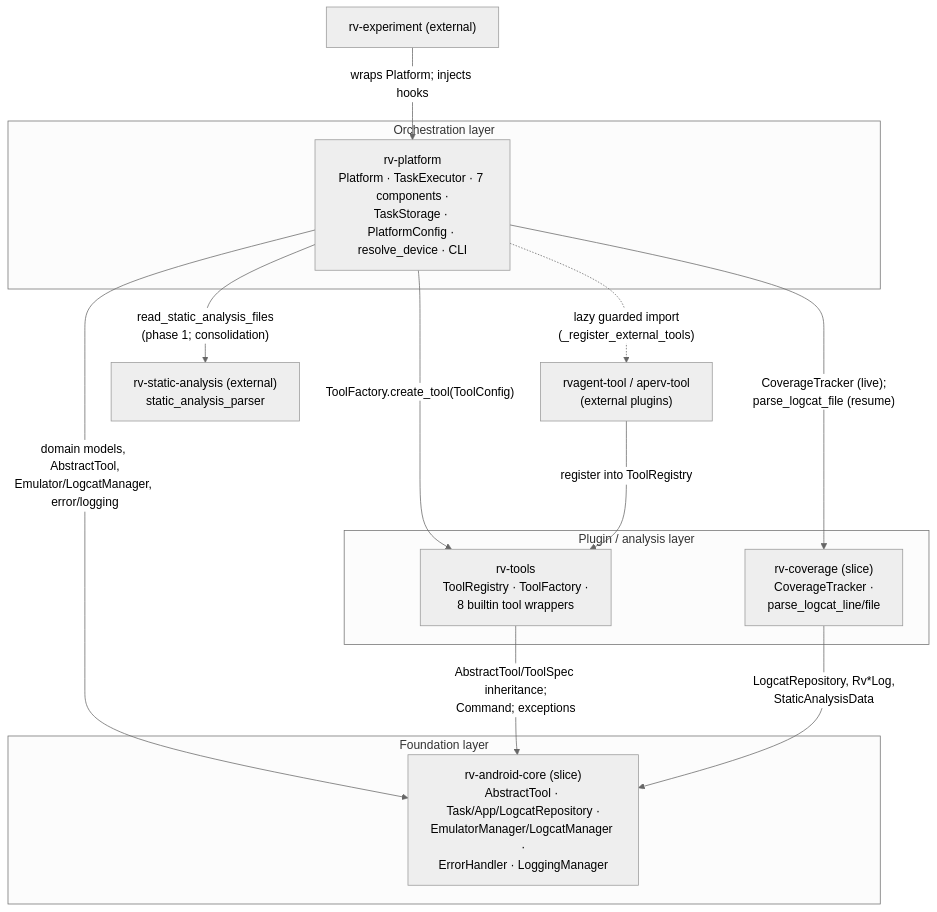
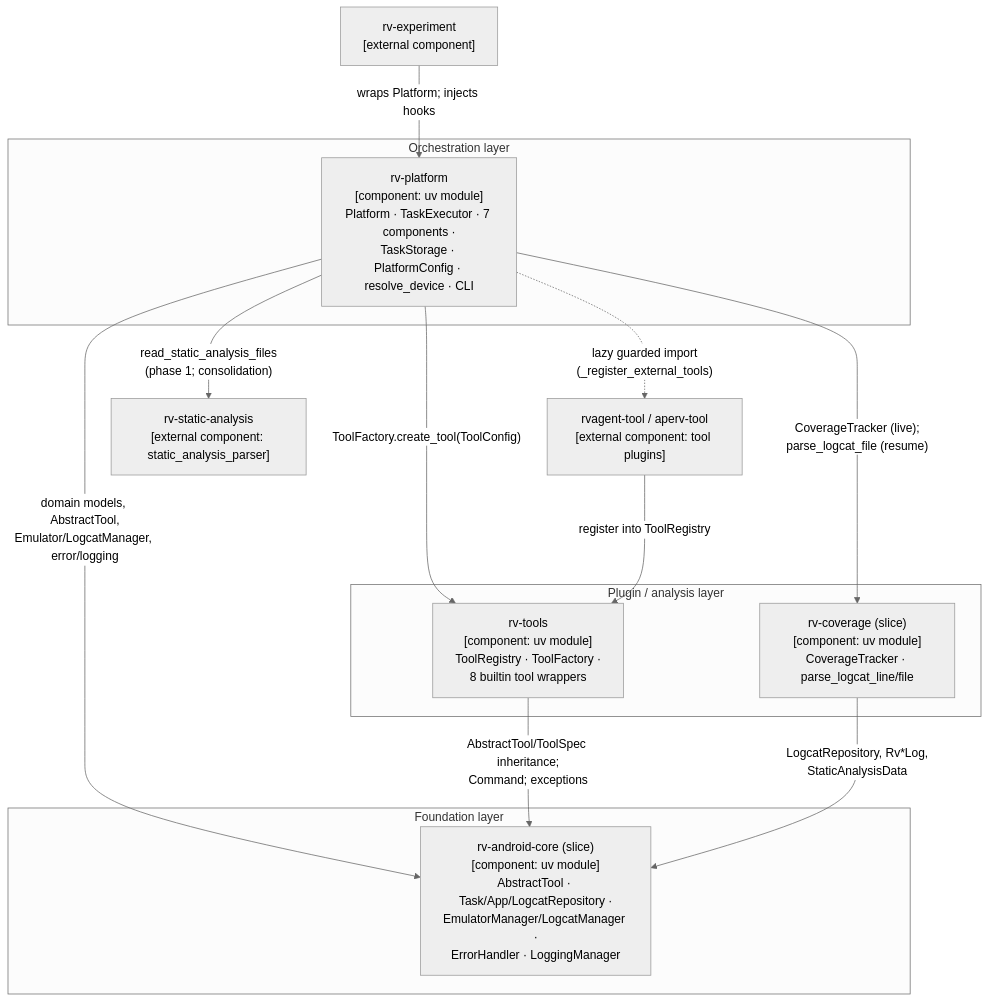
The second of 6 diagrams in rv-android/docs/architecture/rv-platform.md (PAMunb/rvsec), drawn with Mermaid before and after one commit. The commit also changed other lines of this file and 7 other files, not shown here.

````diff
--- a/rv-android/docs/architecture/rv-platform.md
+++ b/rv-android/docs/architecture/rv-platform.md
@@ -835,30 +852,32 @@
 ```mermaid
 %%{init: {'theme': 'neutral'}}%%
 flowchart TB
-    rvexp["rv-experiment (external)"]
-    plugins["rvagent-tool / aperv-tool<br/>(external plugins)"]
-    saparser["rv-static-analysis (external)<br/>static_analysis_parser"]
+    %% Source: modules/rv-platform/pyproject.toml, modules/rv-platform/src/rv_platform/__init__.py, modules/rv-tools/src/rv_tools/registry/, modules/rv-coverage/src/rv_coverage/analysis/coverage/tracker.py, modules/rv-coverage/src/rv_coverage/parser/log/logcat_parser.py, modules/rv-android-core/src/rv_android_core/
+    %% Omitted: the parts of rv-android-core and rv-coverage outside the subsystem's slices (documented by other subsystems)
+    rvexp["rv-experiment<br/>[external component]"]
+    plugins["rvagent-tool / aperv-tool<br/>[external component: tool plugins]"]
+    saparser["rv-static-analysis<br/>[external component: static_analysis_parser]"]
 
     subgraph orchestration["Orchestration layer"]
-        rvplatform["rv-platform<br/>Platform · TaskExecutor · 7 components ·<br/>TaskStorage · PlatformConfig · resolve_device · CLI"]
+        rvplatform["rv-platform<br/>[component: uv module]<br/>Platform · TaskExecutor · 7 components ·<br/>TaskStorage · PlatformConfig · resolve_device · CLI"]
     end
 
     subgraph middle["Plugin / analysis layer"]
-        rvtools["rv-tools<br/>ToolRegistry · ToolFactory ·<br/>8 builtin tool wrappers"]
-        rvcov["rv-coverage (slice)<br/>CoverageTracker ·<br/>parse_logcat_line/file"]
+        rvtools["rv-tools<br/>[component: uv module]<br/>ToolRegistry · ToolFactory ·<br/>8 builtin tool wrappers"]
+        rvcov["rv-coverage (slice)<br/>[component: uv module]<br/>CoverageTracker · parse_logcat_line/file"]
     end
 
     subgraph foundation["Foundation layer"]
-        core["rv-android-core (slice)<br/>AbstractTool · Task/App/LogcatRepository ·<br/>EmulatorManager/LogcatManager ·<br/>ErrorHandler · LoggingManager"]
+        core["rv-android-core (slice)<br/>[component: uv module]<br/>AbstractTool · Task/App/LogcatRepository ·<br/>EmulatorManager/LogcatManager ·<br/>ErrorHandler · LoggingManager"]
     end
 
     rvexp -->|"wraps Platform; injects hooks"| rvplatform
     rvplatform -->|"ToolFactory.create_tool(ToolConfig)"| rvtools
     rvplatform -->|"CoverageTracker (live);<br/>parse_logcat_file (resume)"| rvcov
     rvplatform -->|"domain models, AbstractTool,<br/>Emulator/LogcatManager, error/logging"| core
     rvplatform -.->|"lazy guarded import<br/>(_register_external_tools)"| plugins
     rvplatform -->|"read_static_analysis_files<br/>(phase 1; consolidation)"| saparser
     plugins -->|"register into ToolRegistry"| rvtools
     rvtools -->|"AbstractTool/ToolSpec inheritance;<br/>Command; exceptions"| core
     rvcov -->|"LogcatRepository, Rv*Log,<br/>StaticAnalysisData"| core
 ```
````
